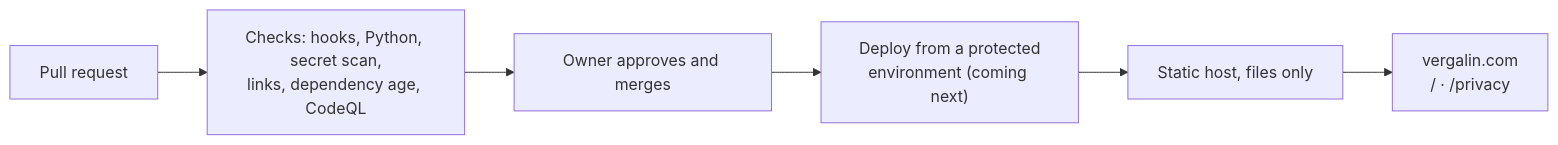
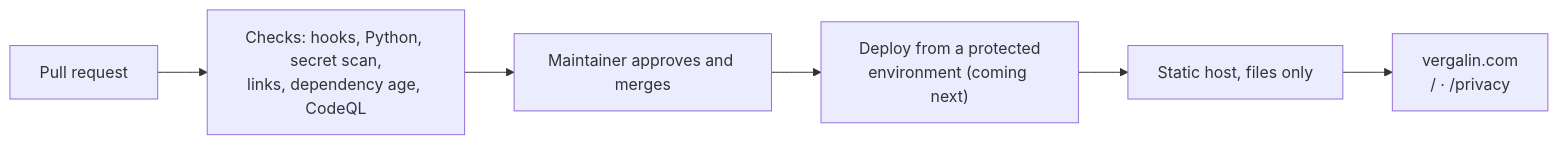
The diagram in README.md (dinesh-ad/vergalin), drawn with Mermaid before and after one commit. The commit also changed 6 other files, not shown here.

````diff
--- a/README.md
+++ b/README.md
@@ -18,8 +18,8 @@
 ```mermaid
 flowchart LR
   PR[Pull request] --> CK["Checks: hooks, Python, secret scan,<br/>links, dependency age, CodeQL"]
-  CK --> OM[Owner approves and merges]
+  CK --> OM[Maintainer approves and merges]
   OM --> DP["Deploy from a protected<br/>environment (coming next)"]
   DP --> SH[Static host, files only]
   SH --> LIVE["vergalin.com<br/>/ · /privacy"]
 ```
````
